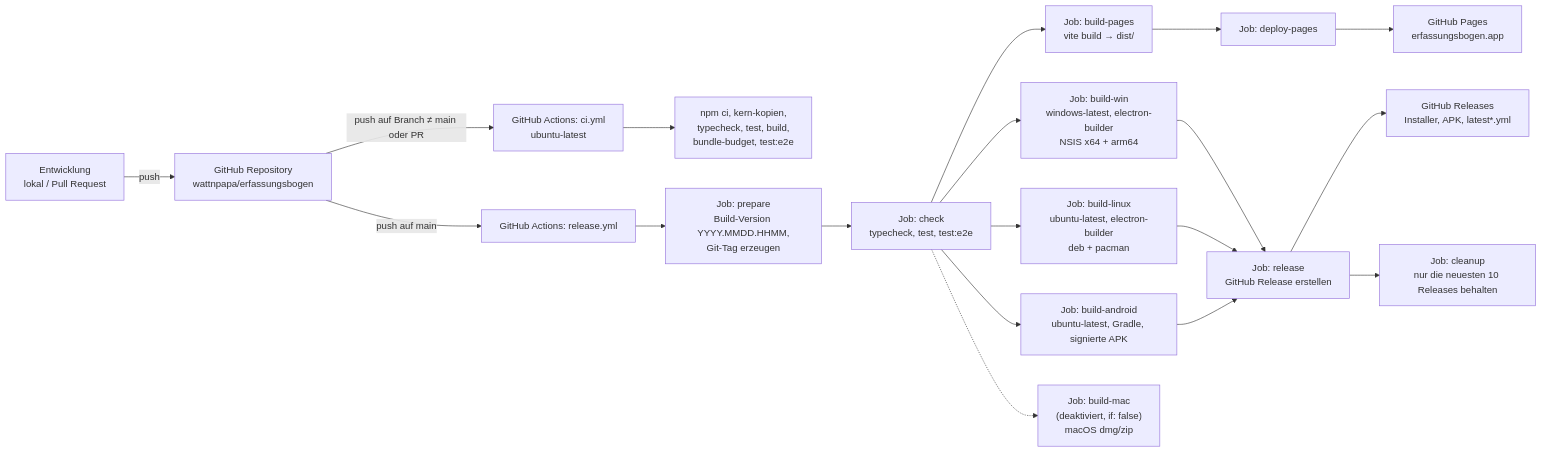
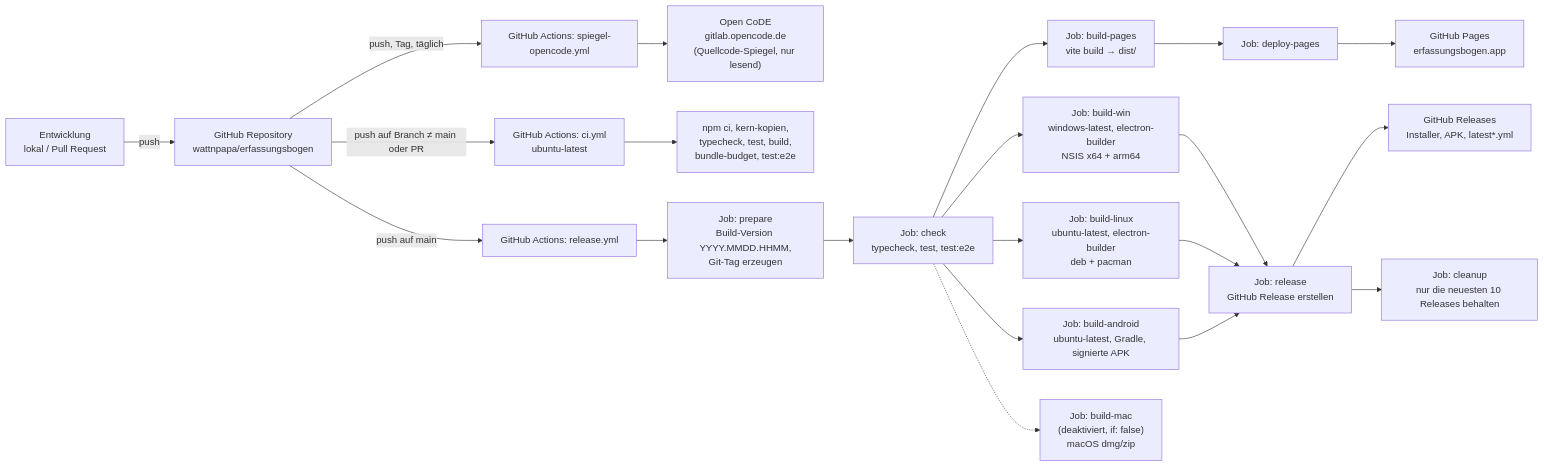
One commit to wattnpapa/erfassungsbogen changed the tenth of 12 diagrams in docs/arc42-architektur.md. Above: the diagram before and after it, drawn with Mermaid. The commit also changed other lines of this file and 1 other file, not shown here.

First line of the commit message:
docs: Quellcode-Spiegel nach Open CoDE in Arc42 und ISK nachziehen

````diff
--- a/docs/arc42-architektur.md
+++ b/docs/arc42-architektur.md
@@ -791,20 +803,22 @@
 ```mermaid
 flowchart LR
   Dev["Entwicklung<br/>lokal / Pull Request"] -->|push| Repo["GitHub Repository<br/>wattnpapa/erfassungsbogen"]
+  Repo -->|"push, Tag, täglich"| Spiegel["GitHub Actions: spiegel-opencode.yml"]
+  Spiegel --> OC["Open CoDE<br/>gitlab.opencode.de<br/>(Quellcode-Spiegel, nur lesend)"]
   Repo -->|"push auf Branch ≠ main oder PR"| CI["GitHub Actions: ci.yml<br/>ubuntu-latest"]
   CI --> CIS["npm ci, kern-kopien,<br/>typecheck, test, build,<br/>bundle-budget, test:e2e"]
   Repo -->|"push auf main"| REL["GitHub Actions: release.yml"]
   REL --> Prep["Job: prepare<br/>Build-Version YYYY.MMDD.HHMM,<br/>Git-Tag erzeugen"]
   Prep --> Check["Job: check<br/>typecheck, test, test:e2e"]
   Check --> Pages["Job: build-pages<br/>vite build → dist/"]
   Pages --> Deploy["Job: deploy-pages"] --> GHP["GitHub Pages<br/>erfassungsbogen.app"]
   Check --> Win["Job: build-win<br/>windows-latest, electron-builder<br/>NSIS x64 + arm64"]
   Check --> Linux["Job: build-linux<br/>ubuntu-latest, electron-builder<br/>deb + pacman"]
   Check --> Android["Job: build-android<br/>ubuntu-latest, Gradle, signierte APK"]
   Check -.-> Mac["Job: build-mac<br/>(deaktiviert, if: false)<br/>macOS dmg/zip"]
   Win --> Release["Job: release<br/>GitHub Release erstellen"]
   Linux --> Release
   Android --> Release
   Release --> GHR["GitHub Releases<br/>Installer, APK, latest*.yml"]
   Release --> Cleanup["Job: cleanup<br/>nur die neuesten 10 Releases behalten"]
 ```
````
